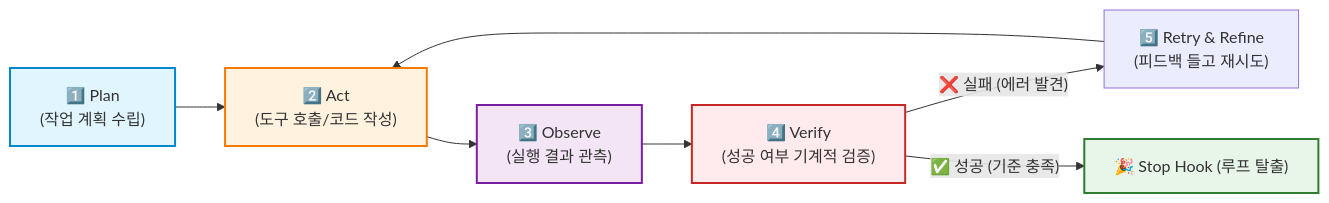
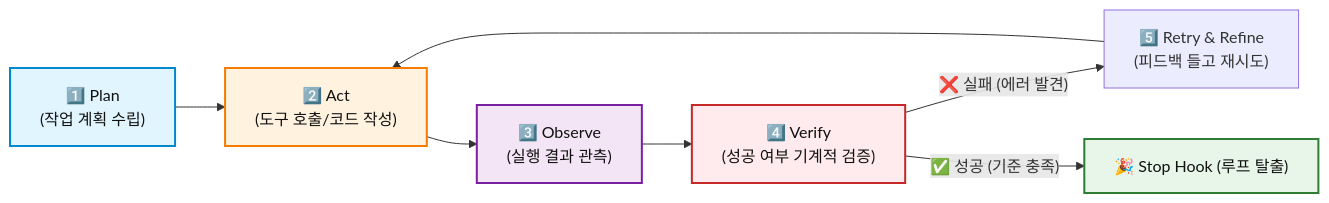
The first of 2 diagrams in materials/11_modern_agentic_triad.md (eooiea/AI-Engineering), drawn with Mermaid before and after one commit. The commit also changed 5 other files, not shown here.

First line of the commit message:
style: 다크모드 대응을 위한 Mermaid 다이어그램 텍스트 색상 수정

````diff
--- a/materials/11_modern_agentic_triad.md
+++ b/materials/11_modern_agentic_triad.md
@@ -43,17 +43,17 @@
 ```mermaid
 flowchart LR
     A["1️⃣ Plan<br/>(작업 계획 수립)"] --> B["2️⃣ Act<br/>(도구 호출/코드 작성)"]
     B --> C["3️⃣ Observe<br/>(실행 결과 관측)"]
     C --> D["4️⃣ Verify<br/>(성공 여부 기계적 검증)"]
     
     D -- "❌ 실패 (에러 발견)" --> E["5️⃣ Retry & Refine<br/>(피드백 들고 재시도)"]
     E --> B
     
     D -- "✅ 성공 (기준 충족)" --> F["🎉 Stop Hook (루프 탈출)"]
 
-    style A fill:#e1f5fe,stroke:#0288d1,stroke-width:2px
-    style B fill:#fff3e0,stroke:#f57c00,stroke-width:2px
-    style C fill:#f3e5f5,stroke:#7b1fa2,stroke-width:2px
-    style D fill:#ffebee,stroke:#c62828,stroke-width:2px
-    style F fill:#e8f5e9,stroke:#2e7d32,stroke-width:2px
+    style A fill:#e1f5fe,stroke:#0288d1,stroke-width:2px,color:#111111
+    style B fill:#fff3e0,stroke:#f57c00,stroke-width:2px,color:#111111
+    style C fill:#f3e5f5,stroke:#7b1fa2,stroke-width:2px,color:#111111
+    style D fill:#ffebee,stroke:#c62828,stroke-width:2px,color:#111111
+    style F fill:#e8f5e9,stroke:#2e7d32,stroke-width:2px,color:#111111
 ```
````
